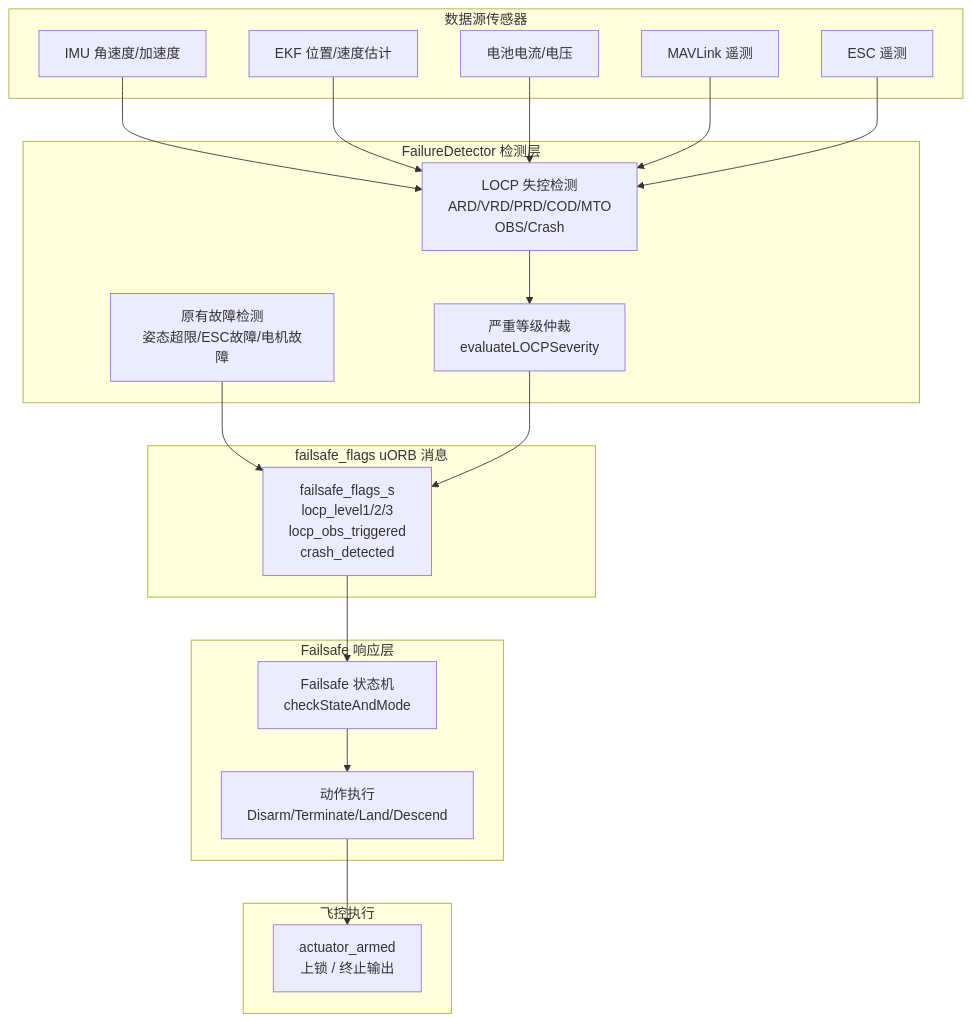
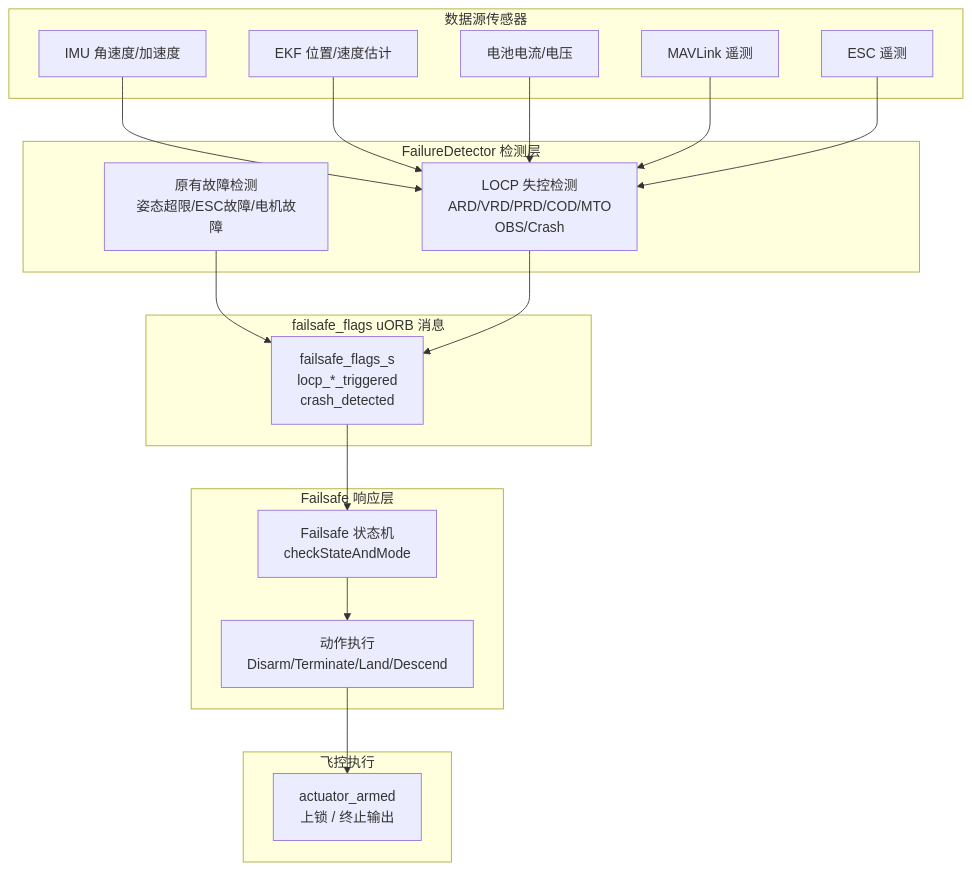
The diagram in docs/zh/safety/LOCP-失控保护系统说明文档.md (Life-with-god/PX4-Autopilot), drawn with Mermaid before and after one commit. The commit also changed other lines of this file and 18 other files, not shown here.

````diff
--- a/docs/zh/safety/LOCP-失控保护系统说明文档.md
+++ b/docs/zh/safety/LOCP-失控保护系统说明文档.md
@@ -81,41 +83,39 @@
 ```mermaid
 graph TB
     subgraph "数据源传感器"
         IMU[IMU 角速度/加速度]
         EKF[EKF 位置/速度估计]
         BATT[电池电流/电压]
         TELEM[MAVLink 遥测]
         ESC[ESC 遥测]
     end
 
     subgraph "FailureDetector 检测层"
         FD_ORIG[原有故障检测<br/>姿态超限/ESC故障/电机故障]
         FD_LOCP[LOCP 失控检测<br/>ARD/VRD/PRD/COD/MTO<br/>OBS/Crash]
-        ARBITER[严重等级仲裁<br/>evaluateLOCPSeverity]
     end
 
     subgraph "failsafe_flags uORB 消息"
-        FLAGS[failsafe_flags_s<br/>locp_level1/2/3<br/>locp_obs_triggered<br/>crash_detected]
+        FLAGS[failsafe_flags_s<br/>locp_*_triggered<br/>crash_detected]
     end
 
     subgraph "Failsafe 响应层"
         FSM[Failsafe 状态机<br/>checkStateAndMode]
         ACTION[动作执行<br/>Disarm/Terminate/Land/Descend]
     end
 
     subgraph "飞控执行"
         OUTPUT[actuator_armed<br/>上锁 / 终止输出]
     end
 
     IMU --> FD_LOCP
     EKF --> FD_LOCP
     BATT --> FD_LOCP
     TELEM --> FD_LOCP
     ESC --> FD_LOCP
     FD_ORIG --> FLAGS
-    FD_LOCP --> ARBITER
-    ARBITER --> FLAGS
+    FD_LOCP --> FLAGS
     FLAGS --> FSM
     FSM --> ACTION
     ACTION --> OUTPUT
 ```
````
